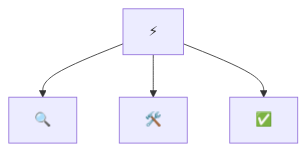
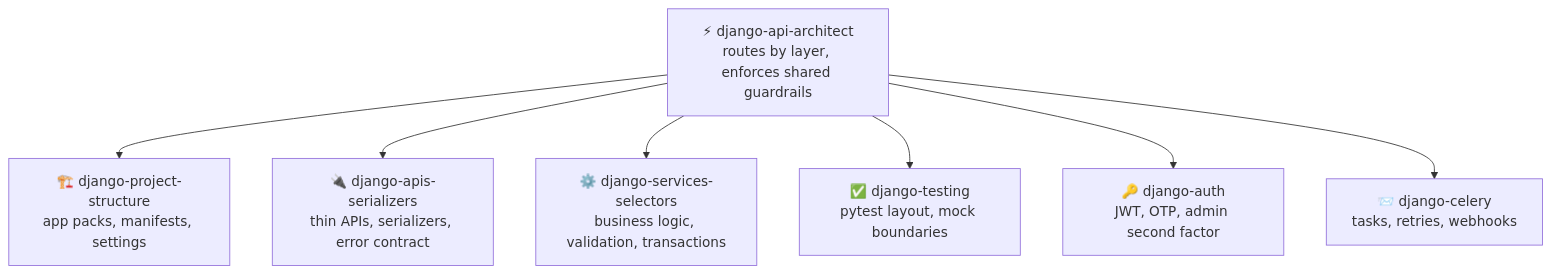
Before and after one commit to KinwiseNZ-DevOps/django-api-architect: the diagram in README.md, drawn with Mermaid. The commit also changed other lines of this file and 10 other files, not shown here.

````diff
--- a/README.md
+++ b/README.md
@@ -34,7 +47,10 @@
 ```mermaid
 flowchart TD
-    R["⚡ <router-skill><br/><what it routes and enforces>"]
-    R --> A["🔍 <skill-a><br/><one-line scope>"]
-    R --> B["🛠️ <skill-b><br/><one-line scope>"]
-    R --> C["✅ <skill-c><br/><one-line scope>"]
+    R["⚡ django-api-architect<br/>routes by layer, enforces shared guardrails"]
+    R --> A["🏗️ django-project-structure<br/>app packs, manifests, settings"]
+    R --> C["🔌 django-apis-serializers<br/>thin APIs, serializers, error contract"]
+    R --> S["⚙️ django-services-selectors<br/>business logic, validation, transactions"]
+    R --> T["✅ django-testing<br/>pytest layout, mock boundaries"]
+    R --> A2["🔑 django-auth<br/>JWT, OTP, admin second factor"]
+    R --> K["📨 django-celery<br/>tasks, retries, webhooks"]
 ```
````
